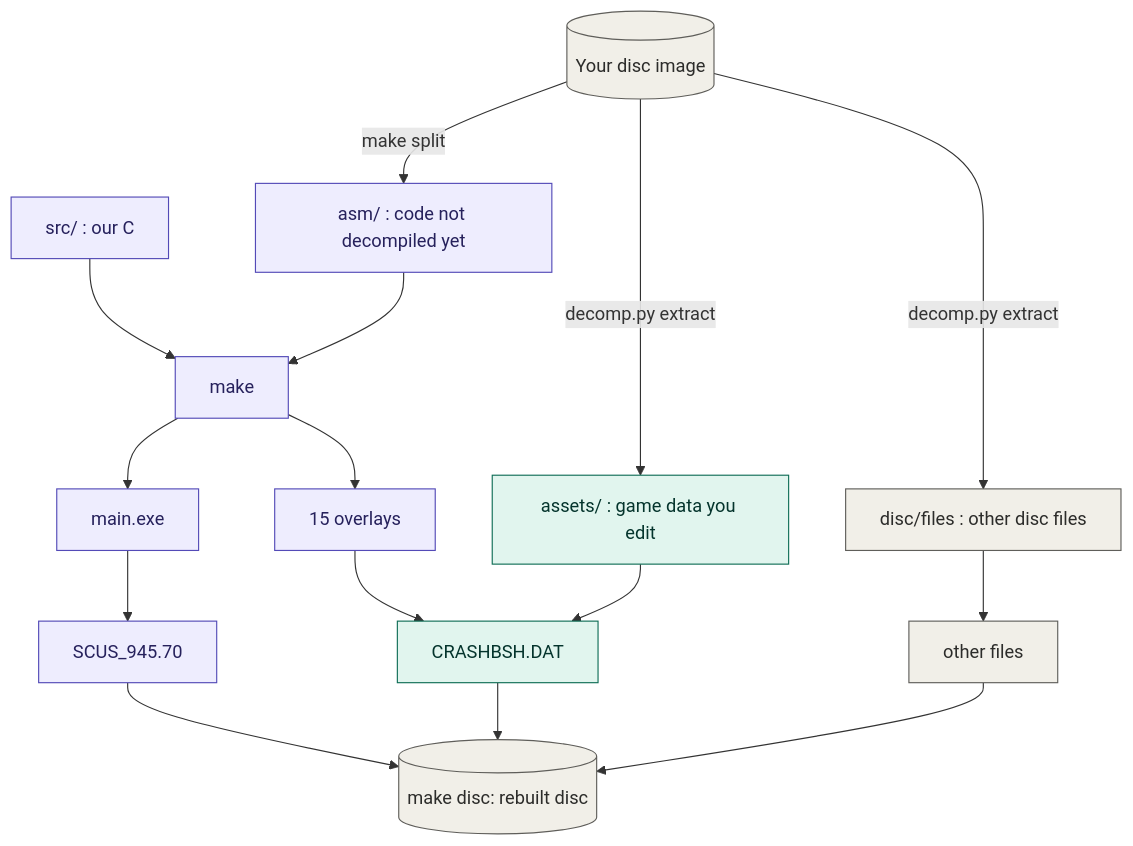
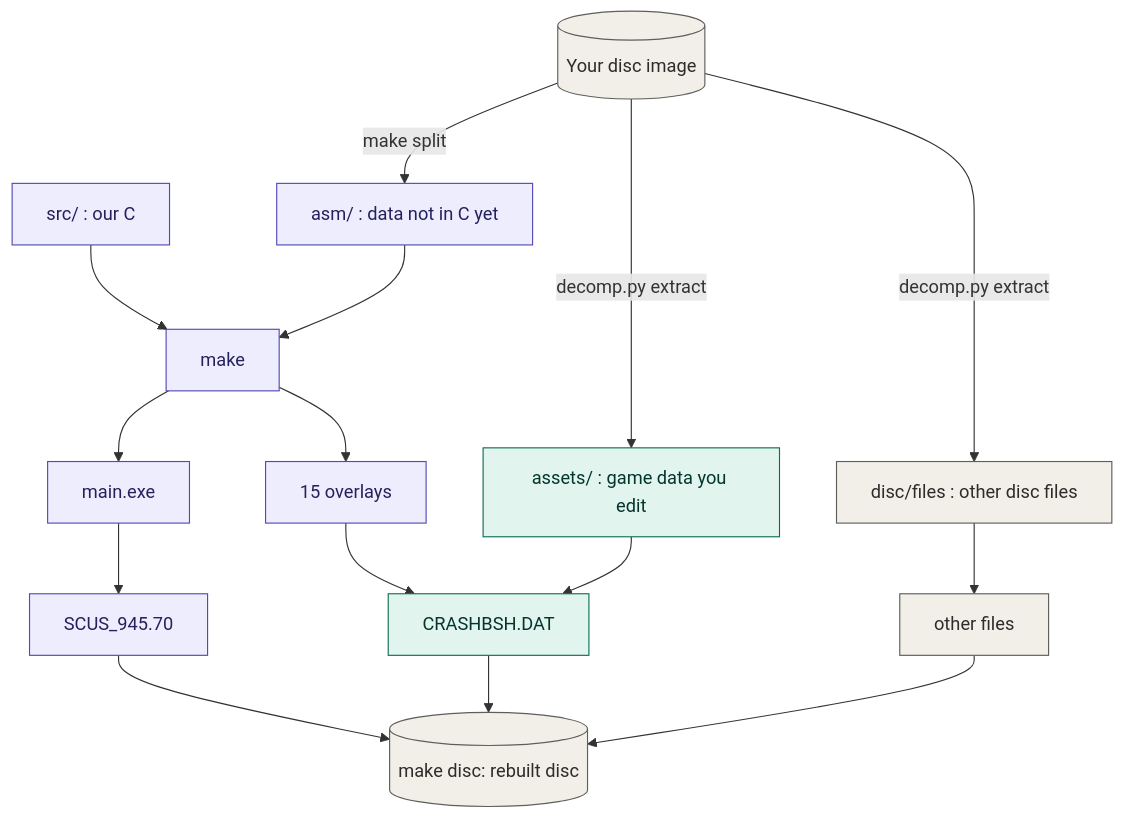
One commit to jake-r-r-w/crash_bash_decomp changed the diagram in README.md. Above: the diagram before and after it, drawn with Mermaid. The commit also changed other lines of this file and 12 other files, not shown here.

````diff
--- a/README.md
+++ b/README.md
@@ -80,26 +81,26 @@
 ```mermaid
 flowchart TD
     src["src/ : our C"]
     disc[("Your disc image")]
-    disc -- "make split" --> asm["asm/ : code not decompiled yet"]
+    disc -- "make split" --> asm["asm/ : data not in C yet"]
     disc -- "decomp.py extract" --> assets["assets/ : game data you edit"]
     disc -- "decomp.py extract" --> files["disc/files : other disc files"]
     src --> make["make"]
     asm --> make
     make --> exe["main.exe"]
     make --> ovl["15 overlays"]
     exe --> boot["SCUS_945.70"]
     ovl --> dat["CRASHBSH.DAT"]
     assets --> dat
     files --> other["other files"]
     boot --> out[("make disc: rebuilt disc")]
     dat --> out
     other --> out
 
     classDef code fill:#EEEDFE,stroke:#534AB7,color:#26215C
     classDef data fill:#E1F5EE,stroke:#0F6E56,color:#04342C
     classDef plain fill:#F1EFE8,stroke:#5F5E5A,color:#2C2C2A
     class src,asm,make,exe,ovl,boot code
     class assets,dat data
     class disc,files,other,out plain
 ```
````
